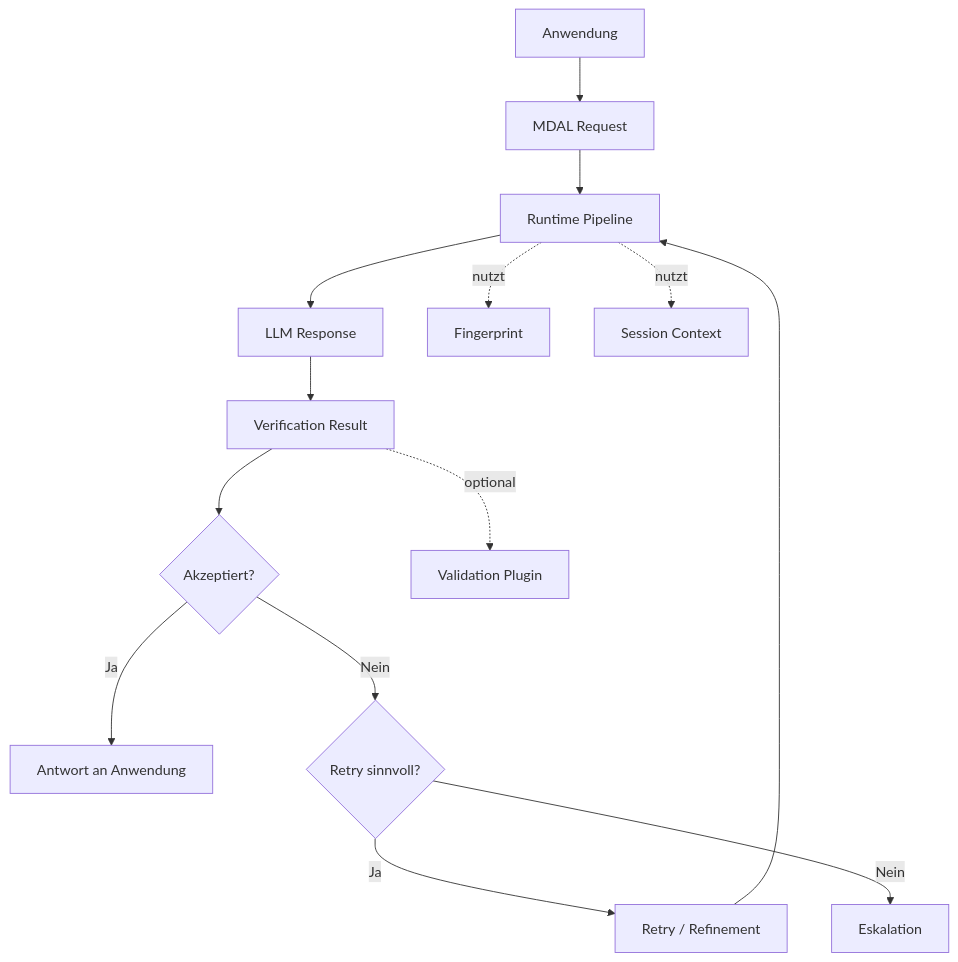
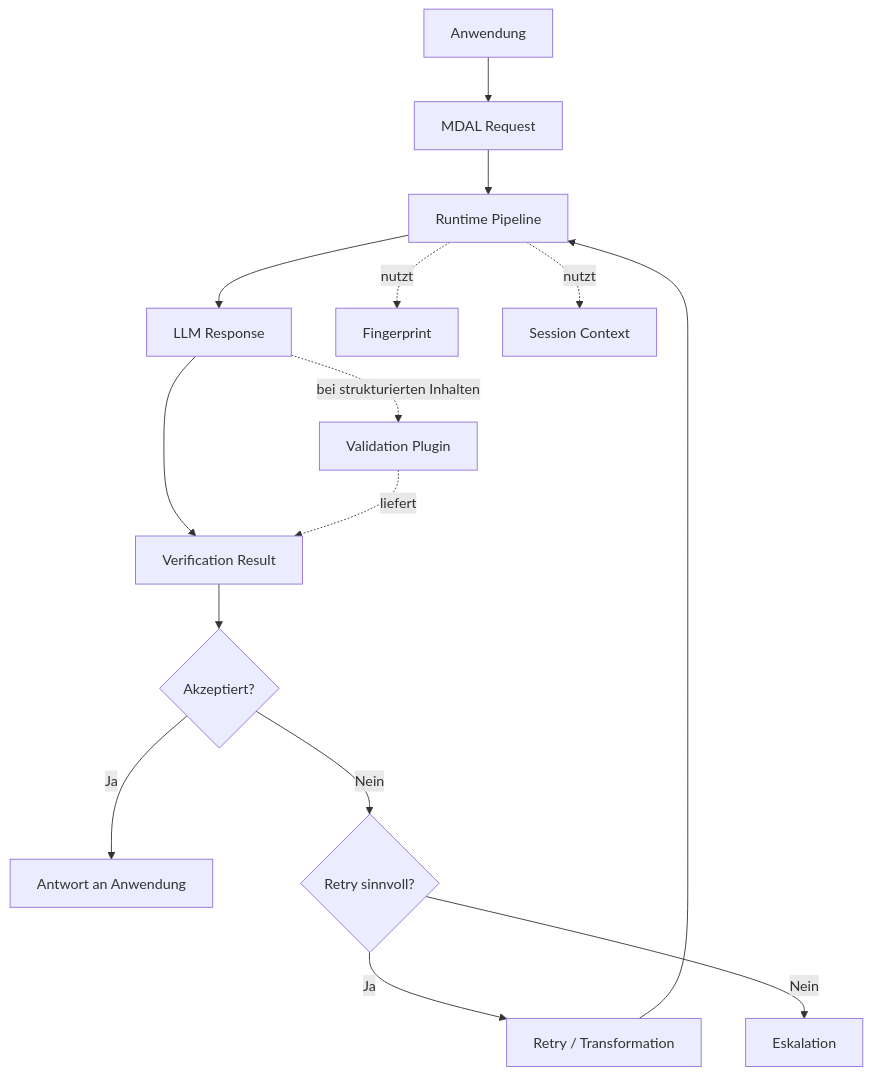
One commit to max-dingsda/MDAL changed the diagram in Docs/08-domain-model.md. Above: the diagram before and after it, drawn with Mermaid. The commit also changed other lines of this file and 7 other files, not shown here.

````diff
--- a/Docs/08-domain-model.md
+++ b/Docs/08-domain-model.md
@@ -70,17 +71,18 @@
 ```mermaid
 flowchart TD
     A[Anwendung] --> B[MDAL Request]
     B --> C[Runtime Pipeline]
     C --> D[LLM Response]
     D --> E[Verification Result]
     E --> F{Akzeptiert?}
     F -- Ja --> G[Antwort an Anwendung]
     F -- Nein --> H{Retry sinnvoll?}
-    H -- Ja --> I[Retry / Refinement]
+    H -- Ja --> I[Retry / Transformation]
     I --> C
     H -- Nein --> J[Eskalation]
 
     C -. nutzt .-> K[Fingerprint]
     C -. nutzt .-> L[Session Context]
-    E -. optional .-> M[Validation Plugin]
+    D -. bei strukturierten Inhalten .-> M[Validation Plugin]
+    M -. liefert .-> E
 ```
````
